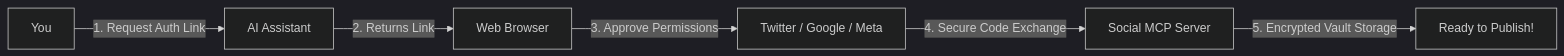
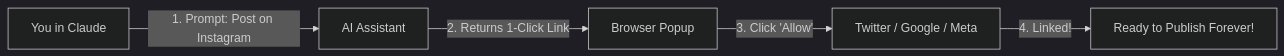
The diagram in USER_GUIDE.md (kuldeep-poonia/social-publish-mcp-server), drawn with Mermaid (dark theme) before and after one commit. The commit also changed other lines of this file, not shown here.

Commit message:
docs: modernize USER_GUIDE.md with zero-code flow, live URLs, and natural prompts

````diff
--- a/USER_GUIDE.md
+++ b/USER_GUIDE.md
@@ -29,8 +49,7 @@
 ```mermaid
 flowchart LR
-    User[You] -->|1. Request Auth Link| Claude[AI Assistant]
-    Claude -->|2. Returns Link| Browser[Web Browser]
-    Browser -->|3. Approve Permissions| Platform[Twitter / Google / Meta]
-    Platform -->|4. Secure Code Exchange| Server[Social MCP Server]
-    Server -->|5. Encrypted Vault Storage| Ready[Ready to Publish!]
+    User[You in Claude] -->|1. Prompt: Post on Instagram| Claude[AI Assistant]
+    Claude -->|2. Returns 1-Click Link| Browser[Browser Popup]
+    Browser -->|3. Click 'Allow'| Social[Twitter / Google / Meta]
+    Social -->|4. Linked!| Ready[Ready to Publish Forever!]
 ```
````
